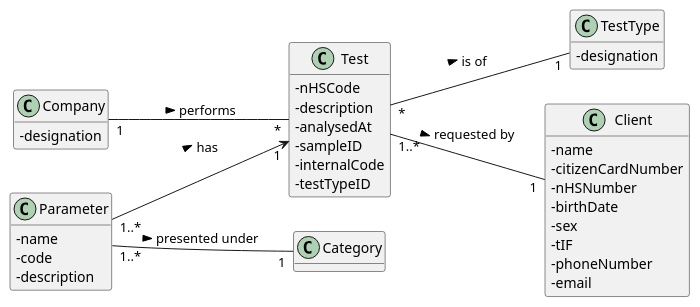
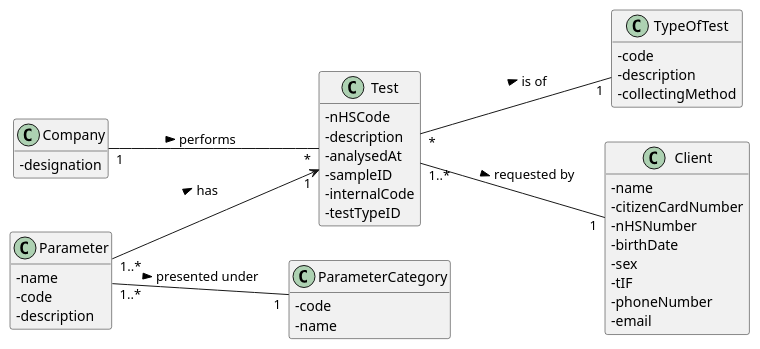
One commit to GuilhermeCunha79/lapr2 changed the diagram in docs/SprintC/US4/UC4_MD.puml. Above: the diagram before and after it, drawn with PlantUML.

Commit message:
[US-8] Update US4_MD

```diff
--- a/docs/SprintC/US4/UC4_MD.puml
+++ b/docs/SprintC/US4/UC4_MD.puml
@@ -1,49 +1,56 @@
 @startuml
 hide methods
 left to right direction
 skinparam classAttributeIconSize 0
 
 class Company {
   -designation
 }
 
 class Test {
   - nHSCode
   - description
   - analysedAt
   - sampleID
   - internalCode
   - testTypeID
 }
 
-class TestType {
-  - designation
+class TypeOfTest {
+  - code
+  -description
+  -collectingMethod
 }
 
 
 class Client {
   - name
   - citizenCardNumber
   - nHSNumber
   - birthDate
   - sex
   - tIF
   - phoneNumber
   - email
 }
 
 class Parameter {
 -name
 - code
 - description
 }
 
+class ParameterCategory {
+-code
+-name
+}
+
 
 Company "1" -- "*" Test : performs >
-Test "*" -- "1" TestType: is of >
+Test "*" -- "1" TypeOfTest: is of >
 Test "1..*" -- "1" Client: requested by >
-Parameter "1..*" -- "1" Category: presented under >
+Parameter "1..*" -- "1" ParameterCategory: presented under >
 Parameter "1..*" --> "1" Test : has >
 
 
 @enduml
```
